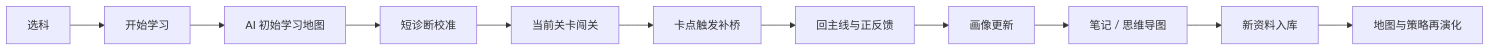
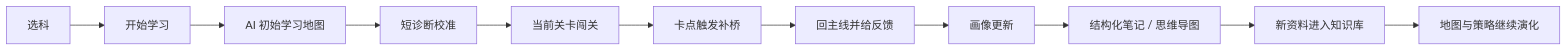
Before and after one commit to chenqsq/doc-showcase: the first of 2 diagrams in doc/作品文档/00-作品总览与阅读地图.md, drawn with Mermaid. The commit also changed other lines of this file and 3 other files, not shown here.

````diff
--- a/doc/作品文档/00-作品总览与阅读地图.md
+++ b/doc/作品文档/00-作品总览与阅读地图.md
@@ -31,13 +16,13 @@
 ```mermaid
 flowchart LR
     A["选科"] --> B["开始学习"]
     B --> C["AI 初始学习地图"]
     C --> D["短诊断校准"]
     D --> E["当前关卡闯关"]
     E --> F["卡点触发补桥"]
-    F --> G["回主线与正反馈"]
+    F --> G["回主线并给反馈"]
     G --> H["画像更新"]
-    H --> I["笔记 / 思维导图"]
-    I --> J["新资料入库"]
-    J --> K["地图与策略再演化"]
+    H --> I["结构化笔记 / 思维导图"]
+    I --> J["新资料进入知识库"]
+    J --> K["地图与策略继续演化"]
 ```
````
